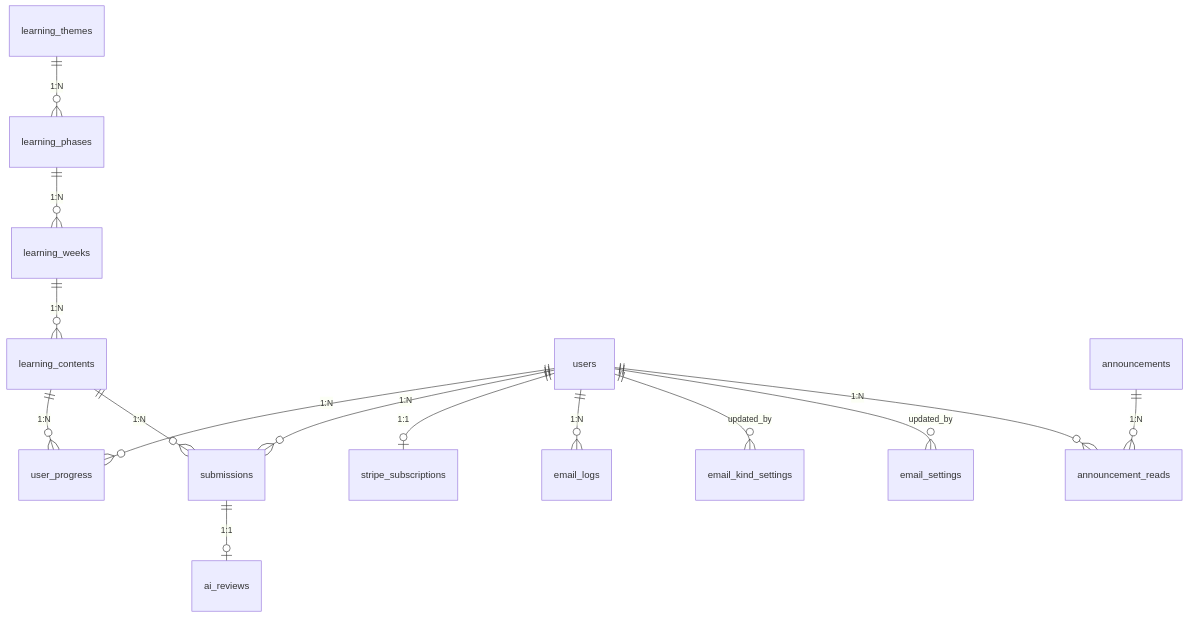
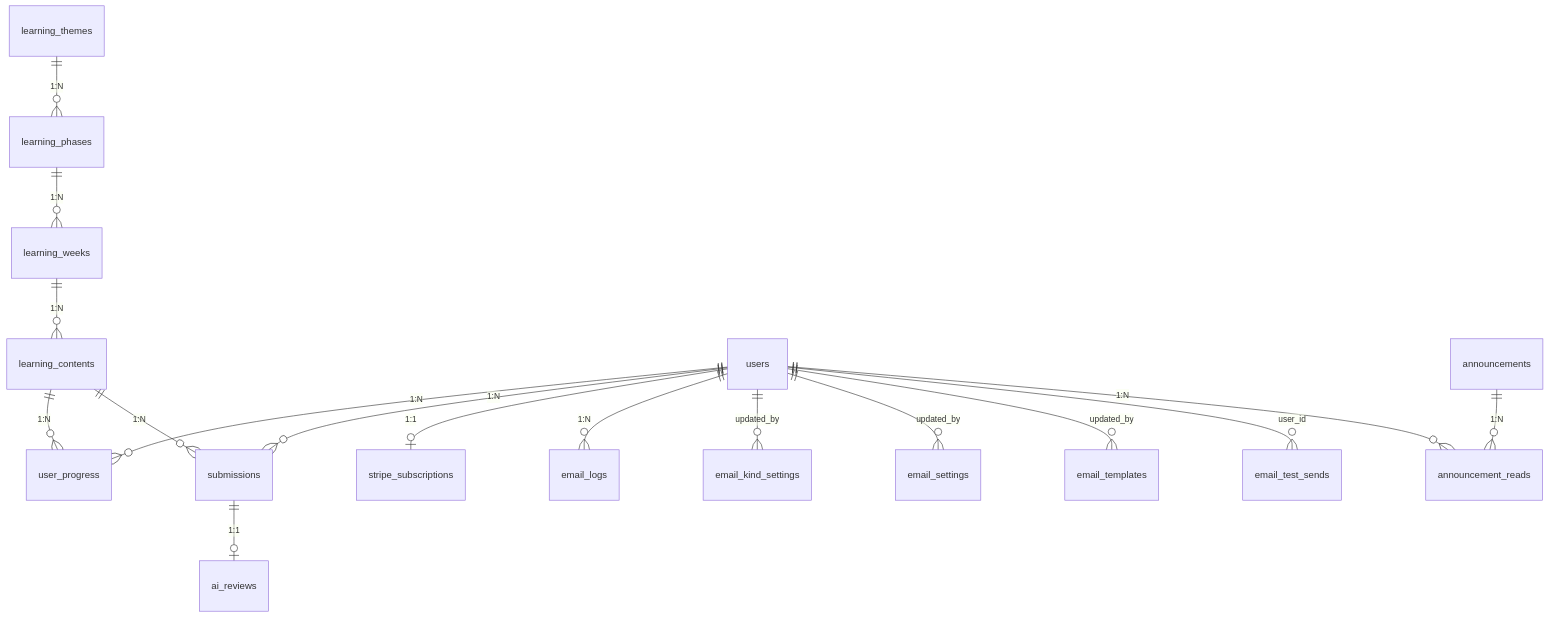
One commit to Singuralitylabs/sinlab-study changed the diagram in docs/database.md. Above: the diagram before and after it, drawn with Mermaid. The commit also changed other lines of this file and 33 other files, not shown here.

````diff
--- a/docs/database.md
+++ b/docs/database.md
@@ -26,17 +26,19 @@
 ```mermaid
 erDiagram
     learning_themes ||--o{ learning_phases : "1:N"
     learning_phases ||--o{ learning_weeks : "1:N"
     learning_weeks ||--o{ learning_contents : "1:N"
     learning_contents ||--o{ user_progress : "1:N"
     learning_contents ||--o{ submissions : "1:N"
     users ||--o{ user_progress : "1:N"
     users ||--o{ submissions : "1:N"
     submissions ||--o| ai_reviews : "1:1"
     users ||--o| stripe_subscriptions : "1:1"
     users ||--o{ email_logs : "1:N"
     users ||--o{ email_kind_settings : "updated_by"
     users ||--o{ email_settings : "updated_by"
+    users ||--o{ email_templates : "updated_by"
+    users ||--o{ email_test_sends : "user_id"
     announcements ||--o{ announcement_reads : "1:N"
     users ||--o{ announcement_reads : "1:N"
 ```
````
